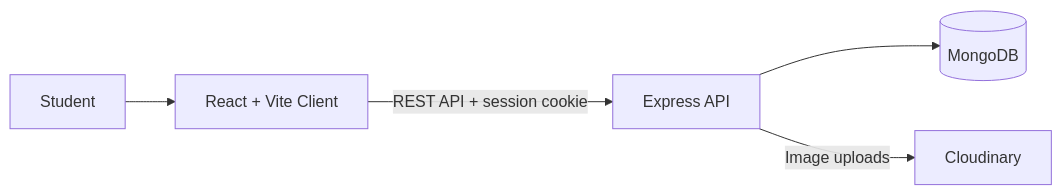
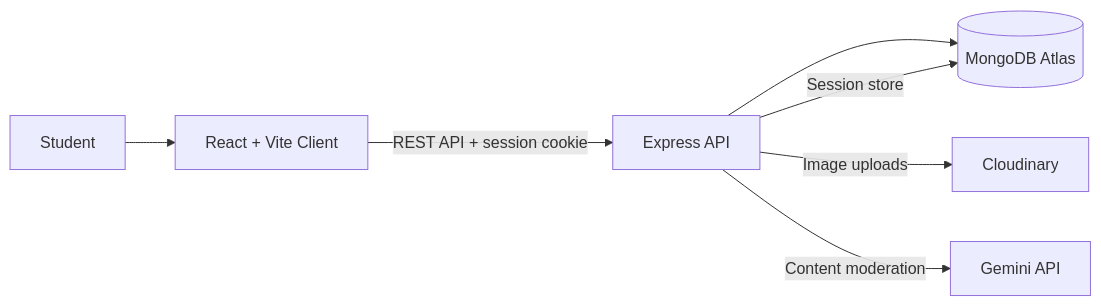
The first of 2 diagrams in README.md (harshrai2910/Networking_System), drawn with Mermaid before and after one commit. The commit also changed other lines of this file, not shown here.

````diff
--- a/README.md
+++ b/README.md
@@ -60,7 +83,9 @@
 ```mermaid
 flowchart LR
     U[Student] --> FE[React + Vite Client]
     FE -->|REST API + session cookie| BE[Express API]
-    BE --> DB[(MongoDB)]
+    BE --> DB[(MongoDB Atlas)]
+    BE -->|Session store| DB
     BE -->|Image uploads| CL[Cloudinary]
+    BE -->|Content moderation| AI[Gemini API]
 ```
````
